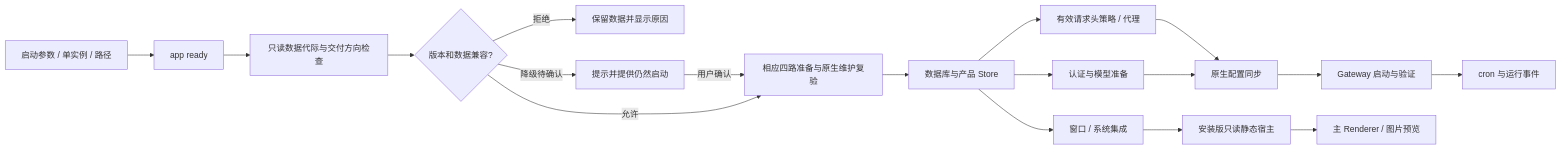
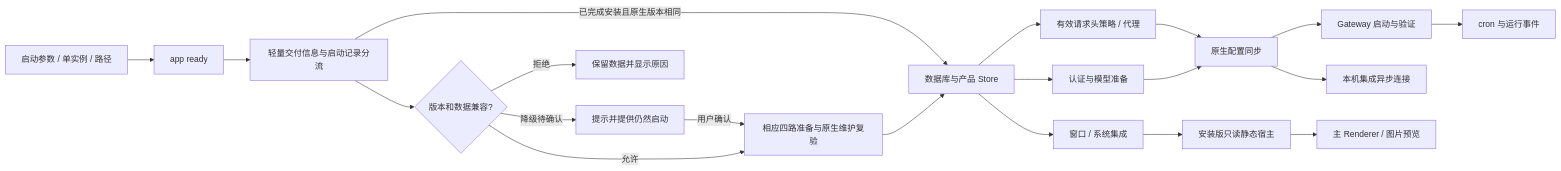
One commit to liangxhao/JustDo changed the second of 2 diagrams in docs/architecture/02-architecture.md. Above: the diagram before and after it, drawn with Mermaid. The commit also changed other lines of this file and 151 other files, not shown here.

````diff
--- a/docs/architecture/02-architecture.md
+++ b/docs/architecture/02-architecture.md
@@ -114,20 +114,22 @@
 ```mermaid
 flowchart LR
   Entry[启动参数 / 单实例 / 路径] --> Ready[app ready]
-  Ready --> Route[只读数据代际与交付方向检查]
+  Ready --> Route[轻量交付信息与启动记录分流]
+  Route -->|已完成安装且原生版本相同| Stores
   Route --> Admission{版本和数据兼容?}
   Admission -->|拒绝| Blocked[保留数据并显示原因]
   Admission -->|降级待确认| Confirmation[提示并提供仍然启动]
   Confirmation -->|用户确认| Prepare
   Admission -->|允许| Prepare[相应四路准备与原生维护复验]
   Prepare --> Stores[数据库与产品 Store]
   Stores --> Network[有效请求头策略 / 代理]
   Stores --> Identity[认证与模型准备]
   Network --> Sync[原生配置同步]
   Identity --> Sync
   Sync --> Gateway[Gateway 启动与验证]
+  Sync --> Integrations[本机集成异步连接]
   Gateway --> Poll[cron 与运行事件]
   Stores --> Window[窗口 / 系统集成]
   Window --> Static[安装版只读静态宿主]
   Static --> Renderer[主 Renderer / 图片预览]
 ```
````
